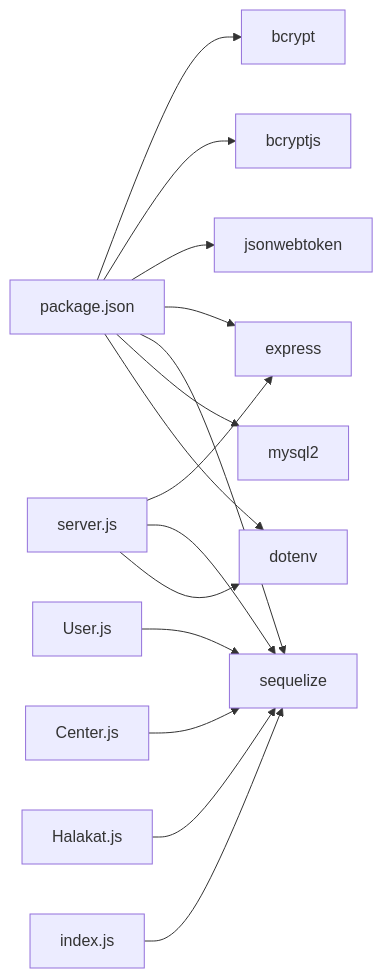
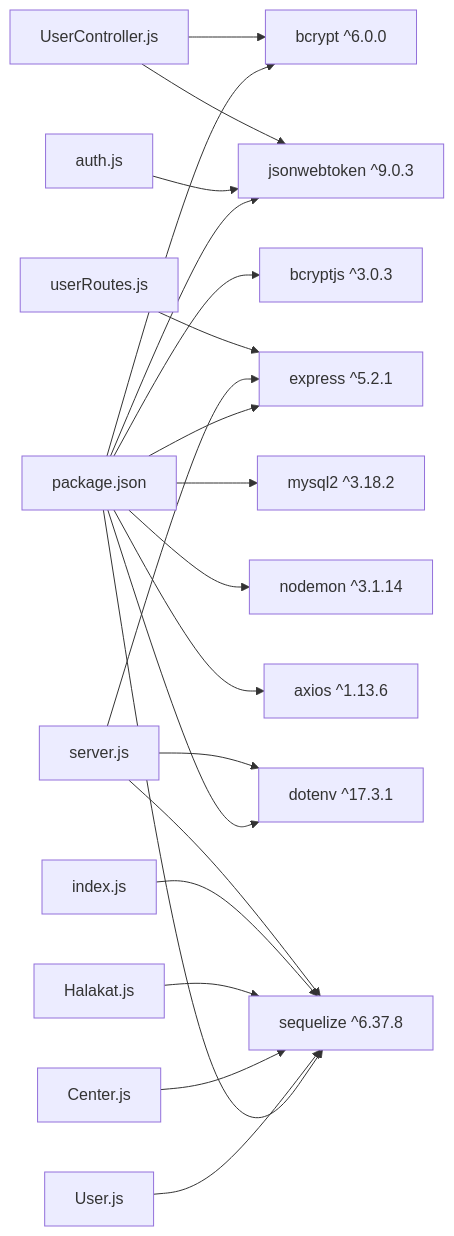
The seventh of 7 diagrams in .qoder/repowiki/en/content/Database Design/User Model.md (Mreng78/khirocom_project), drawn with Mermaid before and after one commit. The commit also changed other lines of this file and 13 other files, not shown here.

````diff
--- a/.qoder/repowiki/en/content/Database Design/User Model.md
+++ b/.qoder/repowiki/en/content/Database Design/User Model.md
@@ -328,17 +510,23 @@
 ```mermaid
 graph LR
-P["package.json"] --> B["bcrypt"]
-P --> BJ["bcryptjs"]
-P --> J["jsonwebtoken"]
-P --> E["express"]
-P --> S["sequelize"]
-P --> M["mysql2"]
-P --> D["dotenv"]
+P["package.json"] --> B["bcrypt ^6.0.0"]
+P --> BJ["bcryptjs ^3.0.3"]
+P --> J["jsonwebtoken ^9.0.3"]
+P --> E["express ^5.2.1"]
+P --> S["sequelize ^6.37.8"]
+P --> M["mysql2 ^3.18.2"]
+P --> D["dotenv ^17.3.1"]
+P --> N["nodemon ^3.1.14"]
+P --> AX["axios ^1.13.6"]
 U["User.js"] --> S
 C["Center.js"] --> S
 H["Halakat.js"] --> S
 IDX["index.js"] --> S
 SRV["server.js"] --> E
 SRV --> S
 SRV --> D
+AUTH["auth.js"] --> J
+UC["UserController.js"] --> B
+UC --> J
+UR["userRoutes.js"] --> E
 ```
````
